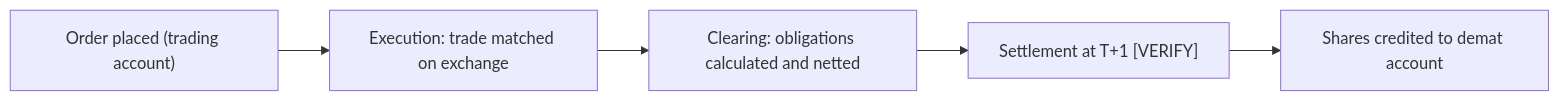
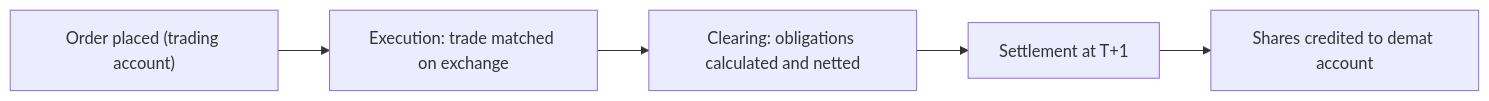
The diagram in mdbook/src/01-market-foundations/03-demat-accounts-and-settlement/index.md (ranjeet-h/capital-first-trading), drawn with Mermaid before and after one commit. The commit also changed other lines of this file and 132 other files, not shown here.

````diff
--- a/mdbook/src/01-market-foundations/03-demat-accounts-and-settlement/index.md
+++ b/mdbook/src/01-market-foundations/03-demat-accounts-and-settlement/index.md
@@ -42,7 +42,7 @@
 ```mermaid
 flowchart LR
   A["Order placed (trading account)"] --> B["Execution: trade matched on exchange"]
   B --> C["Clearing: obligations calculated and netted"]
-  C --> D["Settlement at T+1 [VERIFY]"]
+  C --> D["Settlement at T+1"]
   D --> E["Shares credited to demat account"]
 ```
````
